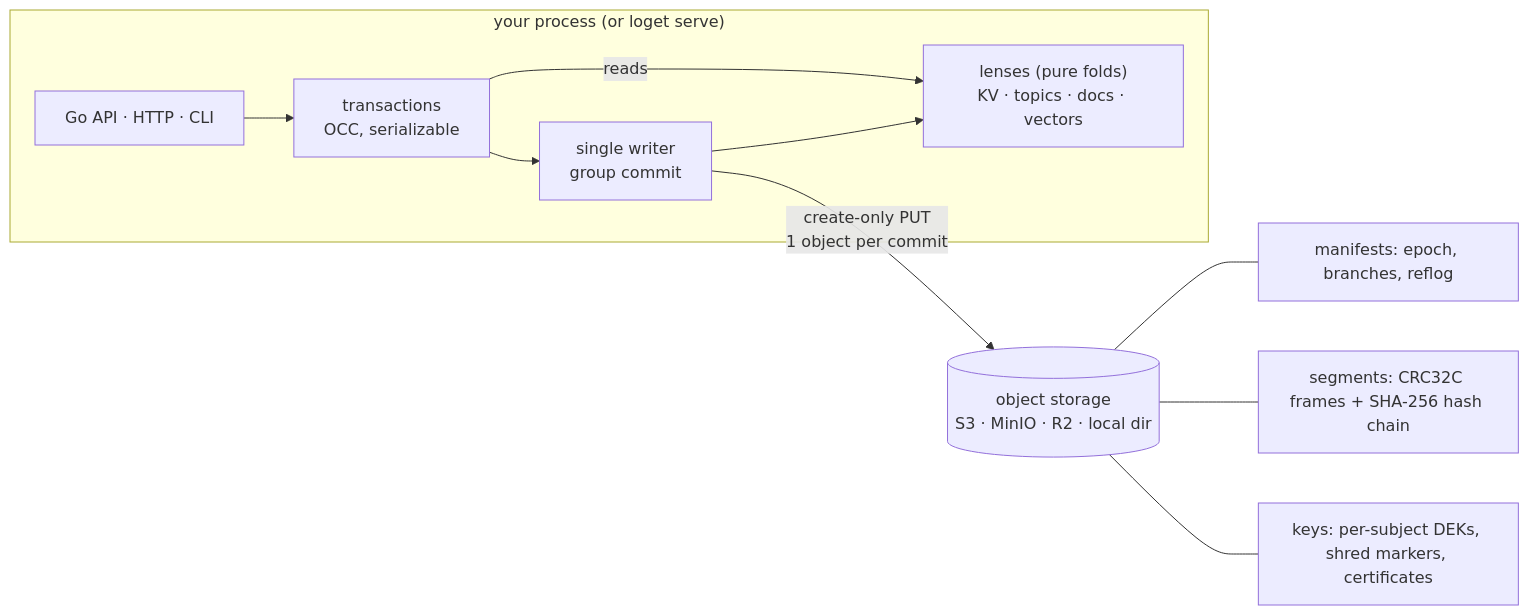
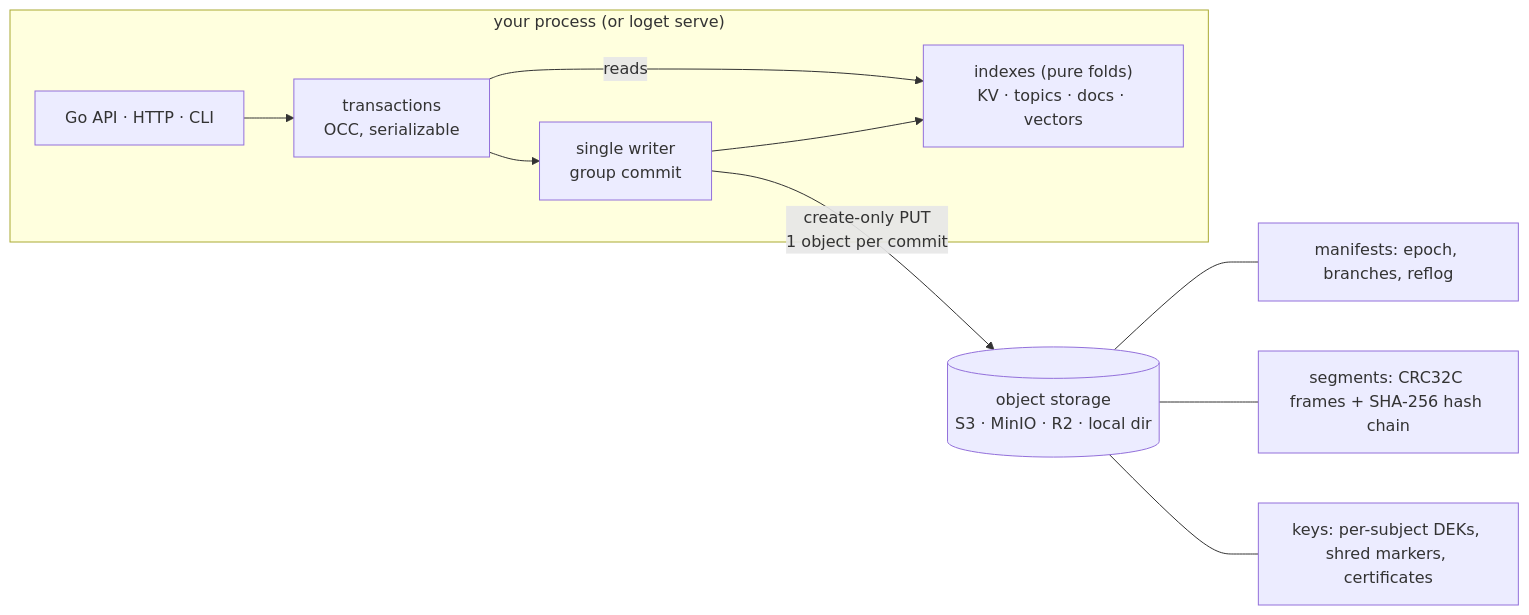
One commit to raman20/loget changed the diagram in README.md. Above: the diagram before and after it, drawn with Mermaid. The commit also changed other lines of this file and 245 other files, not shown here.

````diff
--- a/README.md
+++ b/README.md
@@ -328,13 +328,13 @@
 ```mermaid
 flowchart LR
   subgraph P["your process  (or loget serve)"]
     A["Go API · HTTP · CLI"] --> T["transactions<br/>OCC, serializable"]
     T --> W["single writer<br/>group commit"]
-    W --> LZ["lenses (pure folds)<br/>KV · topics · docs · vectors"]
+    W --> LZ["indexes (pure folds)<br/>KV · topics · docs · vectors"]
     T -- reads --> LZ
   end
   W -- "create-only PUT<br/>1 object per commit" --> S[("object storage<br/>S3 · MinIO · R2 · local dir")]
   S --- M["manifests: epoch, branches, reflog"]
   S --- G["segments: CRC32C frames + SHA-256 hash chain"]
   S --- K["keys: per-subject DEKs, shred markers, certificates"]
 ```
````
